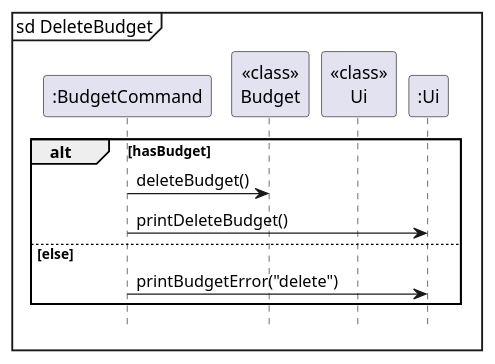
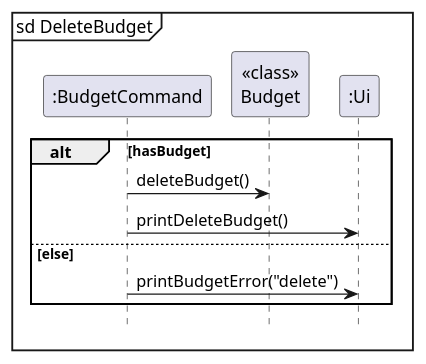
Before and after one commit to nus-cs2113-AY2324S1/tp: the diagram in docs/diagrams/deleteBudget.puml, drawn with PlantUML. The commit also changed 7 other files, not shown here.

Commit message:
Update sequence diagram

```diff
--- a/docs/diagrams/deleteBudget.puml
+++ b/docs/diagrams/deleteBudget.puml
@@ -1,17 +1,16 @@
 @startuml
 
 mainframe sd DeleteBudget
 participant ":BudgetCommand" as BudgetCommand
 participant "<<class>>\nBudget" as Budget
-participant "<<class>>\nUi" as UiClass
 participant ":Ui" as Ui
 
 alt hasBudget
     BudgetCommand -> Budget: deleteBudget()
     BudgetCommand -> Ui: printDeleteBudget()
 else else
     BudgetCommand -> Ui: printBudgetError("delete")
 end
 
 hide footbox
 @enduml
```
